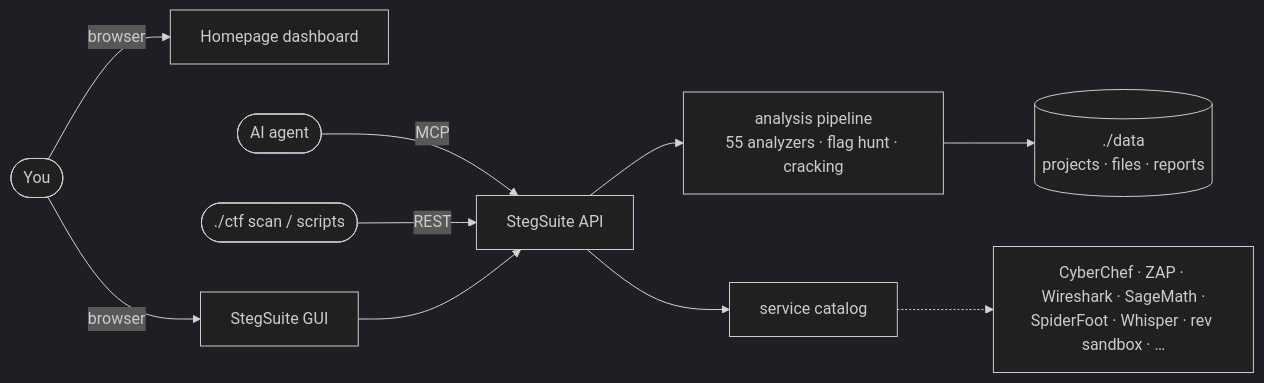
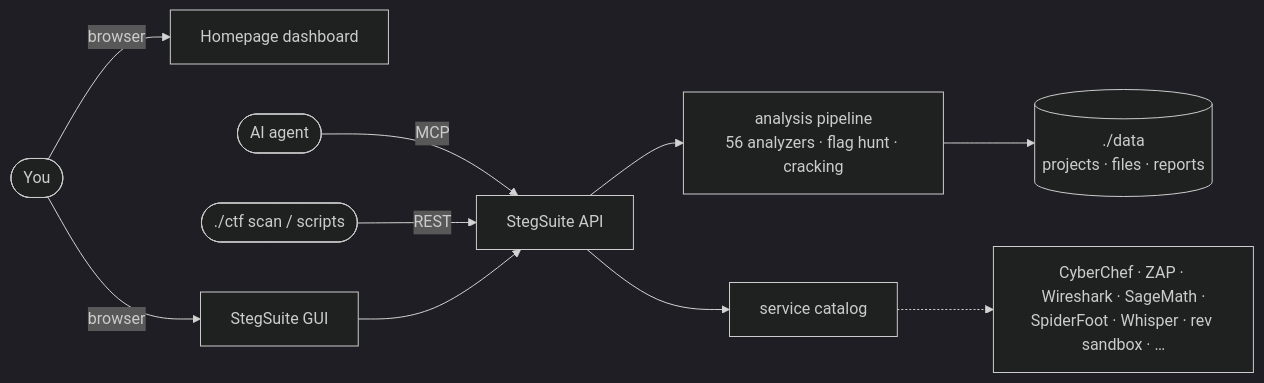
One commit to dexRand/ctf-docker changed the diagram in README.md. Above: the diagram before and after it, drawn with Mermaid (dark theme). The commit also changed other lines of this file and 8 other files, not shown here.

````diff
--- a/README.md
+++ b/README.md
@@ -87,12 +87,12 @@
 ```mermaid
 flowchart LR
   you([You]) -->|browser| dash[Homepage dashboard]
   you -->|browser| ss[StegSuite GUI]
   agent([AI agent]) -->|MCP| api
   cli([./ctf scan / scripts]) -->|REST| api
   ss --> api[StegSuite API]
-  api --> pipe[analysis pipeline<br/>55 analyzers · flag hunt · cracking]
+  api --> pipe[analysis pipeline<br/>56 analyzers · flag hunt · cracking]
   pipe --> data[(./data<br/>projects · files · reports)]
   api --> svc[service catalog]
   svc -.-> tools[CyberChef · ZAP · Wireshark · SageMath ·<br/>SpiderFoot · Whisper · rev sandbox · …]
 ```
````
